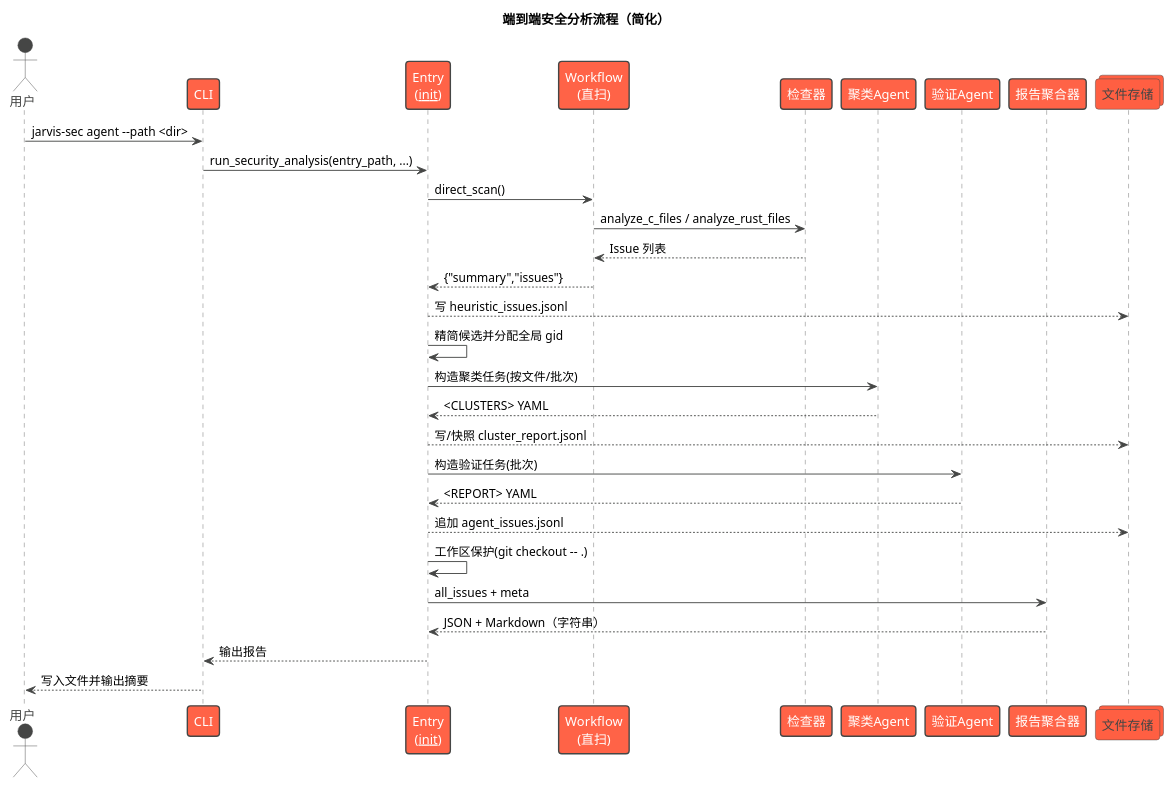
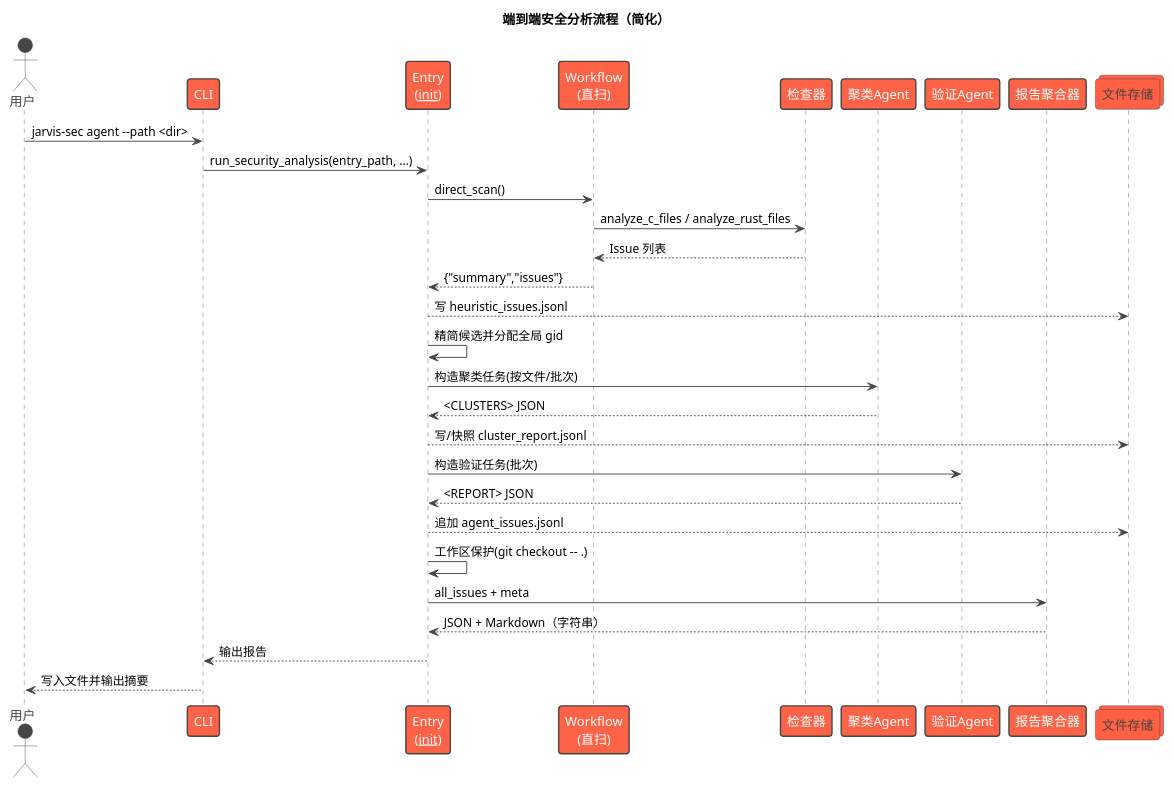
One commit to skyfireitdiy/Jarvis changed diagram 42 of 60 in 技术报告.md. Above: the diagram before and after it, drawn with PlantUML. The commit also changed other lines of this file, not shown here.

````diff
--- a/技术报告.md
+++ b/技术报告.md
@@ -3675,41 +3683,41 @@
 ```plantuml
 @startuml
 !theme vibrant
 title 端到端安全分析流程（简化）
 
 actor 用户 as User
 participant "CLI" as CLI
 participant "Entry\n(__init__)" as Entry
 participant "Workflow\n(直扫)" as Scan
 participant "检查器" as Checkers
 participant "聚类Agent" as Cluster
 participant "验证Agent" as Verify
 participant "报告聚合器" as Report
 collections "文件存储" as FS
 
 User -> CLI : jarvis-sec agent --path <dir>
 CLI -> Entry : run_security_analysis(entry_path, ...)
 
 Entry -> Scan : direct_scan()
 Scan -> Checkers : analyze_c_files / analyze_rust_files
 Checkers --> Scan : Issue 列表
 Scan --> Entry : {"summary","issues"}
 Entry --> FS : 写 heuristic_issues.jsonl
 
 Entry -> Entry : 精简候选并分配全局 gid
 
 Entry -> Cluster : 构造聚类任务(按文件/批次)
-Cluster --> Entry : <CLUSTERS> YAML
+Cluster --> Entry : <CLUSTERS> JSON
 Entry --> FS : 写/快照 cluster_report.jsonl
 
 Entry -> Verify : 构造验证任务(批次)
-Verify --> Entry : <REPORT> YAML
+Verify --> Entry : <REPORT> JSON
 Entry --> FS : 追加 agent_issues.jsonl
 Entry -> Entry : 工作区保护(git checkout -- .)
 
 Entry -> Report : all_issues + meta
 Report --> Entry : JSON + Markdown（字符串）
 Entry --> CLI : 输出报告
 CLI --> User : 写入文件并输出摘要
 @enduml
 ```
````
